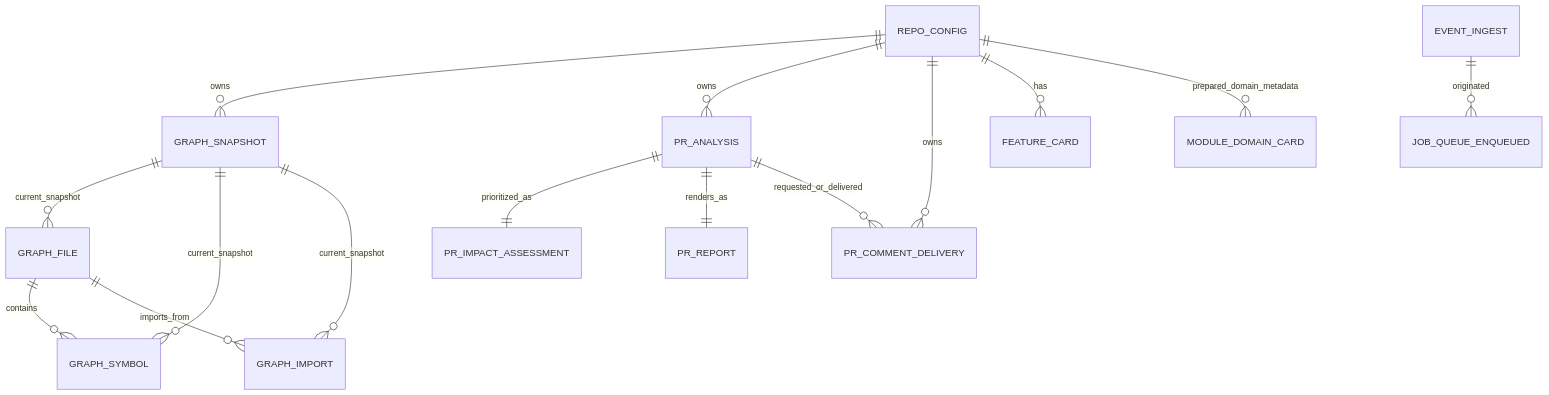
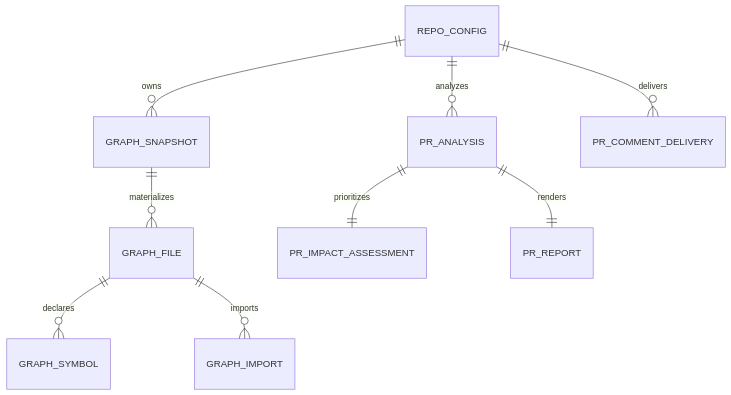
The second of 2 diagrams in docs/ARCHITECTURE.md (naeemdadi/impact-analysis), drawn with Mermaid before and after one commit. The commit also changed other lines of this file and 72 other files, not shown here.

Commit message:
feat: Remove deprecated database migrations and update .env.example for AI assistance. Cleaned up old migration files related to event ingestion, job queue, and PR analysis. Enhanced .env.example to clarify AI assistance settings per repository.

````diff
--- a/docs/ARCHITECTURE.md
+++ b/docs/ARCHITECTURE.md
@@ -495,17 +95,11 @@
 ```mermaid
 erDiagram
   REPO_CONFIG ||--o{ GRAPH_SNAPSHOT : owns
-  GRAPH_SNAPSHOT ||--o{ GRAPH_FILE : current_snapshot
-  GRAPH_SNAPSHOT ||--o{ GRAPH_SYMBOL : current_snapshot
-  GRAPH_SNAPSHOT ||--o{ GRAPH_IMPORT : current_snapshot
-  GRAPH_FILE ||--o{ GRAPH_SYMBOL : contains
-  GRAPH_FILE ||--o{ GRAPH_IMPORT : imports_from
-  REPO_CONFIG ||--o{ PR_ANALYSIS : owns
-  PR_ANALYSIS ||--|| PR_IMPACT_ASSESSMENT : prioritized_as
-  PR_ANALYSIS ||--|| PR_REPORT : renders_as
-  REPO_CONFIG ||--o{ PR_COMMENT_DELIVERY : owns
-  PR_ANALYSIS ||--o{ PR_COMMENT_DELIVERY : requested_or_delivered
-  REPO_CONFIG ||--o{ FEATURE_CARD : has
-  REPO_CONFIG ||--o{ MODULE_DOMAIN_CARD : prepared_domain_metadata
-  EVENT_INGEST ||--o{ JOB_QUEUE_ENQUEUED : originated
+  GRAPH_SNAPSHOT ||--o{ GRAPH_FILE : materializes
+  GRAPH_FILE ||--o{ GRAPH_SYMBOL : declares
+  GRAPH_FILE ||--o{ GRAPH_IMPORT : imports
+  REPO_CONFIG ||--o{ PR_ANALYSIS : analyzes
+  PR_ANALYSIS ||--|| PR_IMPACT_ASSESSMENT : prioritizes
+  PR_ANALYSIS ||--|| PR_REPORT : renders
+  REPO_CONFIG ||--o{ PR_COMMENT_DELIVERY : delivers
 ```
````
